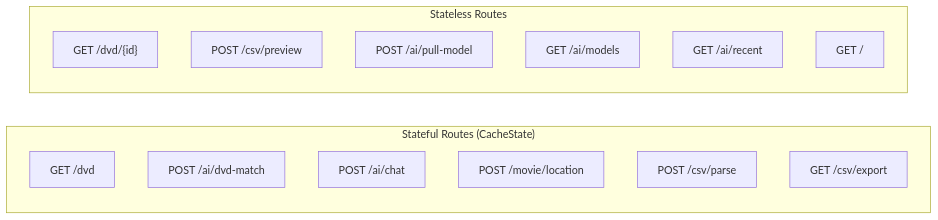
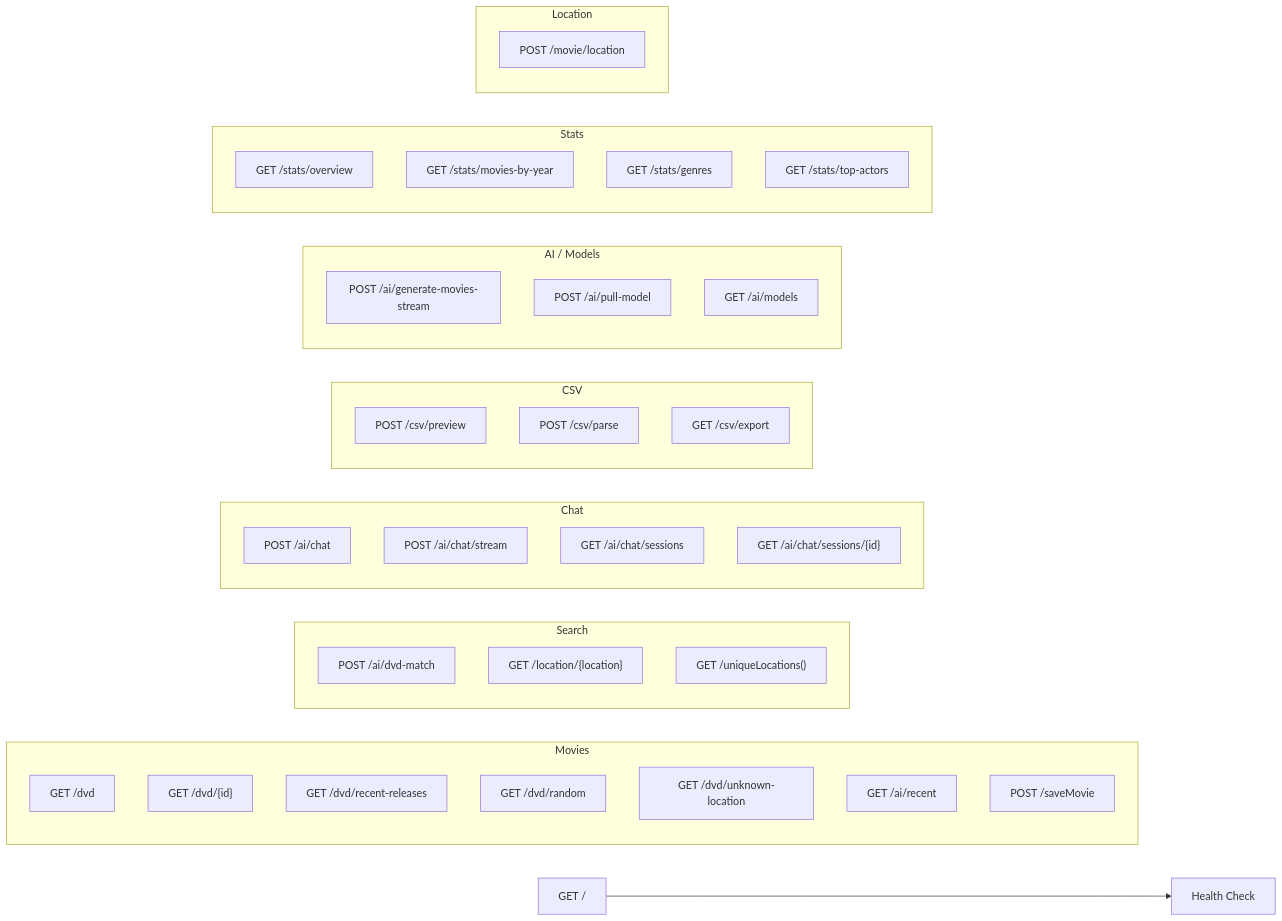
Before and after one commit to 1x2kb/dvd_categorize: the fourth of 5 diagrams in Documentation/Diagrams/APPLICATION_STARTUP.md, drawn with Mermaid. The commit also changed other lines of this file and 9 other files, not shown here.

````diff
--- a/Documentation/Diagrams/APPLICATION_STARTUP.md
+++ b/Documentation/Diagrams/APPLICATION_STARTUP.md
@@ -63,20 +90,50 @@
 ```mermaid
 flowchart LR
-    subgraph Stateful["Stateful Routes (CacheState)"]
+    subgraph Movies["Movies"]
         DVD_LIST["GET /dvd"]
+        DVD_ID["GET /dvd/{id}"]
+        DVD_RECENT["GET /dvd/recent-releases"]
+        DVD_RANDOM["GET /dvd/random"]
+        DVD_UNKNOWN["GET /dvd/unknown-location"]
+        RECENT["GET /ai/recent"]
+        SAVE["POST /saveMovie"]
+    end
+
+    subgraph Search["Search"]
         SEARCH["POST /ai/dvd-match"]
+        LOCATION["GET /location/{location}"]
+        LOCATIONS["GET /uniqueLocations()"]
+    end
+
+    subgraph Chat["Chat"]
         CHAT["POST /ai/chat"]
-        LOC["POST /movie/location"]
+        CHAT_STREAM["POST /ai/chat/stream"]
+        SESSIONS["GET /ai/chat/sessions"]
+        SESSION["GET /ai/chat/sessions/{id}"]
+    end
+
+    subgraph CSV["CSV"]
+        CSV_PREVIEW["POST /csv/preview"]
         CSV_PARSE["POST /csv/parse"]
         CSV_EXPORT["GET /csv/export"]
     end
 
-    subgraph Stateless["Stateless Routes"]
-        DVD_ID["GET /dvd/{id}"]
-        PREVIEW["POST /csv/preview"]
+    subgraph AI["AI / Models"]
+        GENERATE["POST /ai/generate-movies-stream"]
         PULL["POST /ai/pull-model"]
         MODELS["GET /ai/models"]
-        RECENT["GET /ai/recent"]
-        HEALTH["GET /"]
     end
+
+    subgraph Stats["Stats"]
+        STATS_OVERVIEW["GET /stats/overview"]
+        STATS_YEAR["GET /stats/movies-by-year"]
+        STATS_GENRE["GET /stats/genres"]
+        STATS_ACTORS["GET /stats/top-actors"]
+    end
+
+    subgraph Location["Location"]
+        LOC_UPDATE["POST /movie/location"]
+    end
+
+    HEALTH["GET /"] --> Health["Health Check"]
 ```
````
